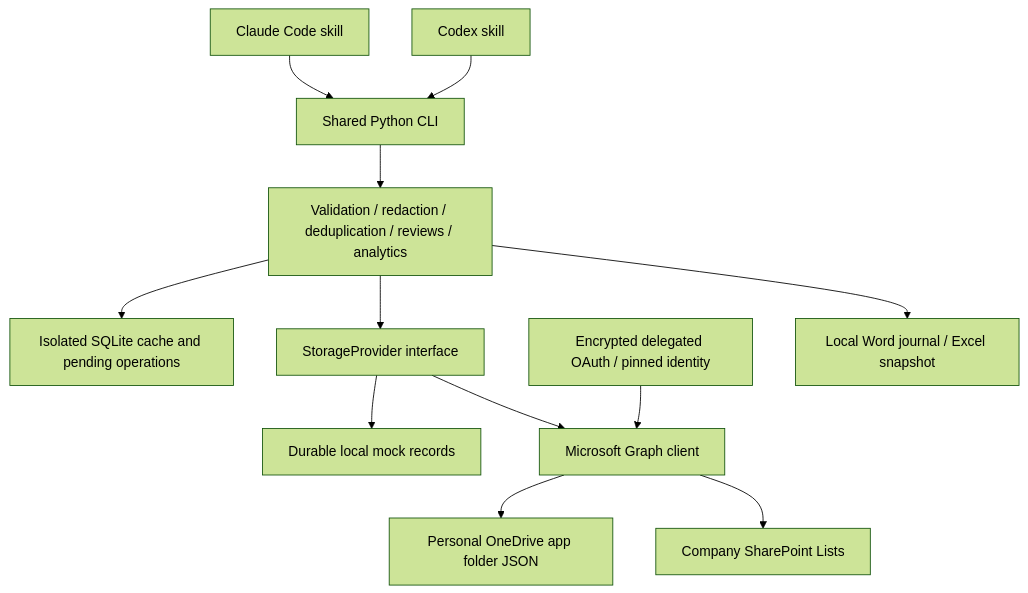
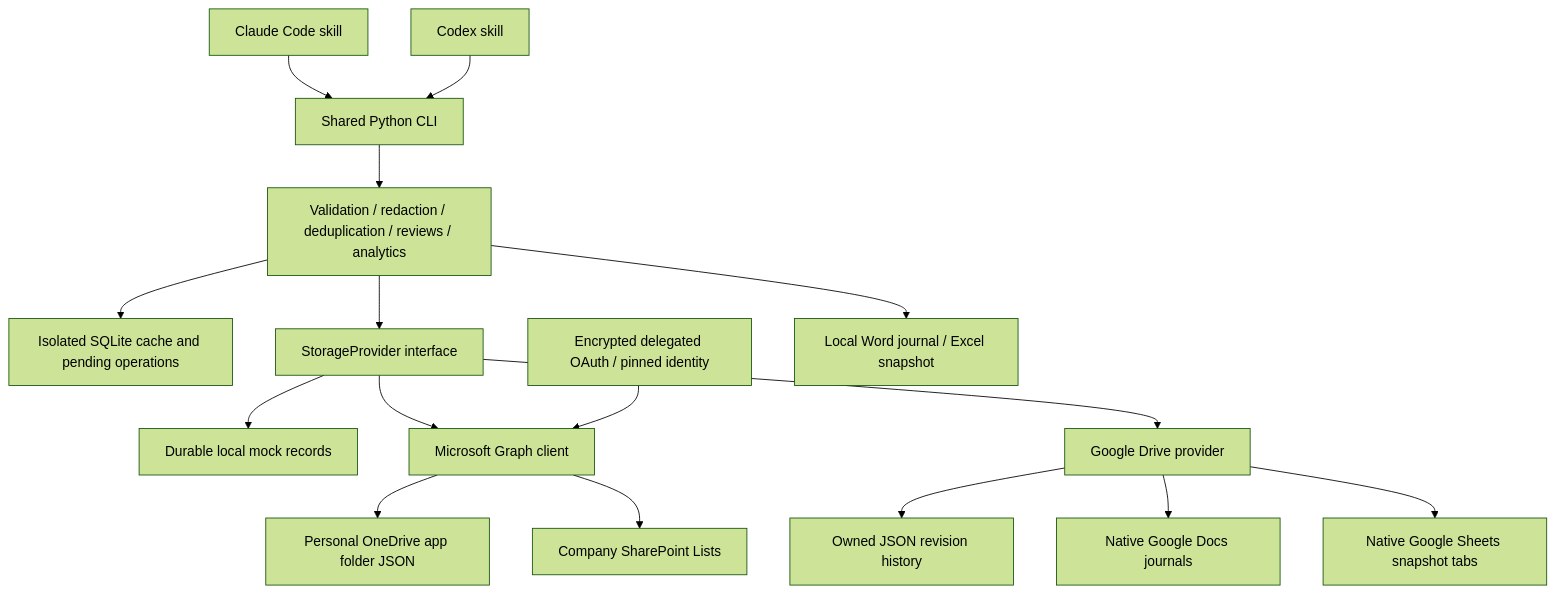
The diagram in docs/architecture.md (mallireddy09/engineering-knowledge-system), drawn with Mermaid (forest theme) before and after one commit. The commit also changed other lines of this file and 25 other files, not shown here.

Commit message:
Add Google Drive Docs and Sheets alongside Microsoft

````diff
--- a/docs/architecture.md
+++ b/docs/architecture.md
@@ -19,14 +19,18 @@
 ```mermaid
 flowchart TD
   Claude[Claude Code skill] --> CLI[Shared Python CLI]
   Codex[Codex skill] --> CLI
   CLI --> Engine[Validation / redaction / deduplication / reviews / analytics]
   Engine --> Cache[Isolated SQLite cache and pending operations]
   Engine --> Provider[StorageProvider interface]
   Provider --> Mock[Durable local mock records]
   Provider --> Graph[Microsoft Graph client]
   Auth[Encrypted delegated OAuth / pinned identity] --> Graph
   Graph --> OD[Personal OneDrive app folder JSON]
   Graph --> SP[Company SharePoint Lists]
+  Provider --> Google[Google Drive provider]
+  Google --> GDrive[Owned JSON revision history]
+  Google --> GDocs[Native Google Docs journals]
+  Google --> GSheets[Native Google Sheets snapshot tabs]
   Engine --> Docs[Local Word journal / Excel snapshot]
 ```
````
